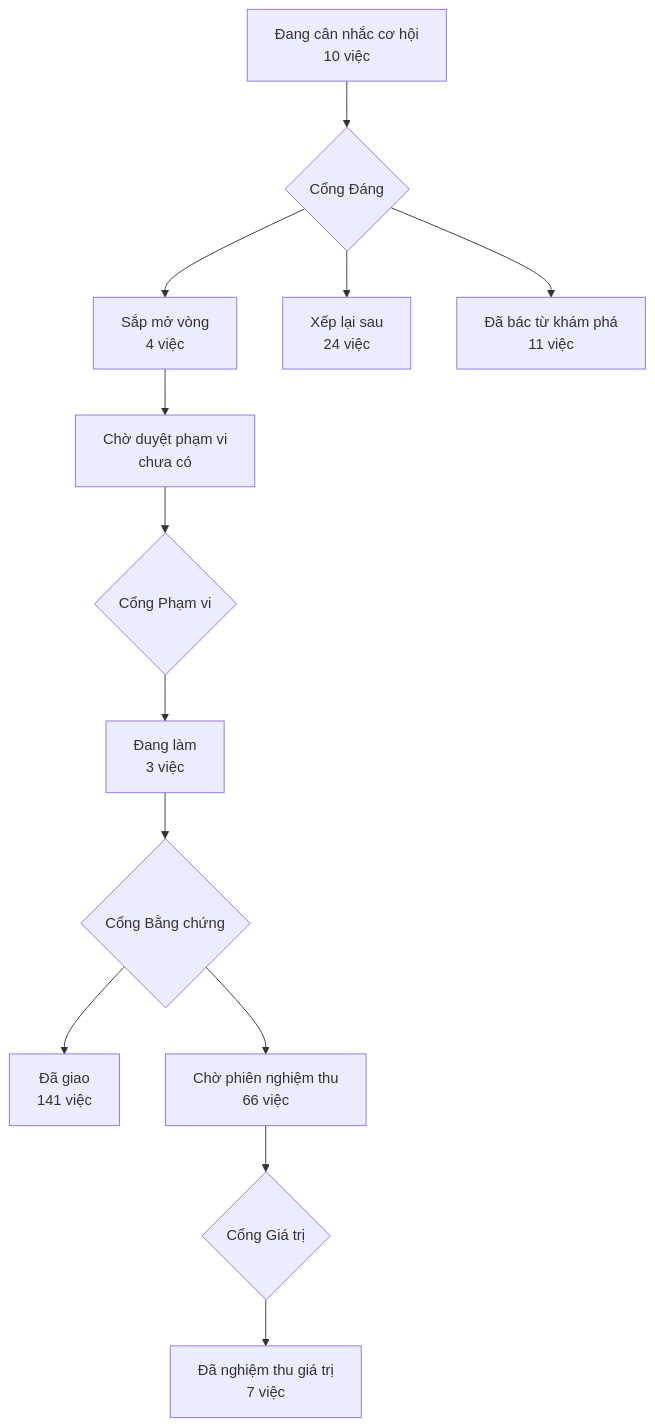
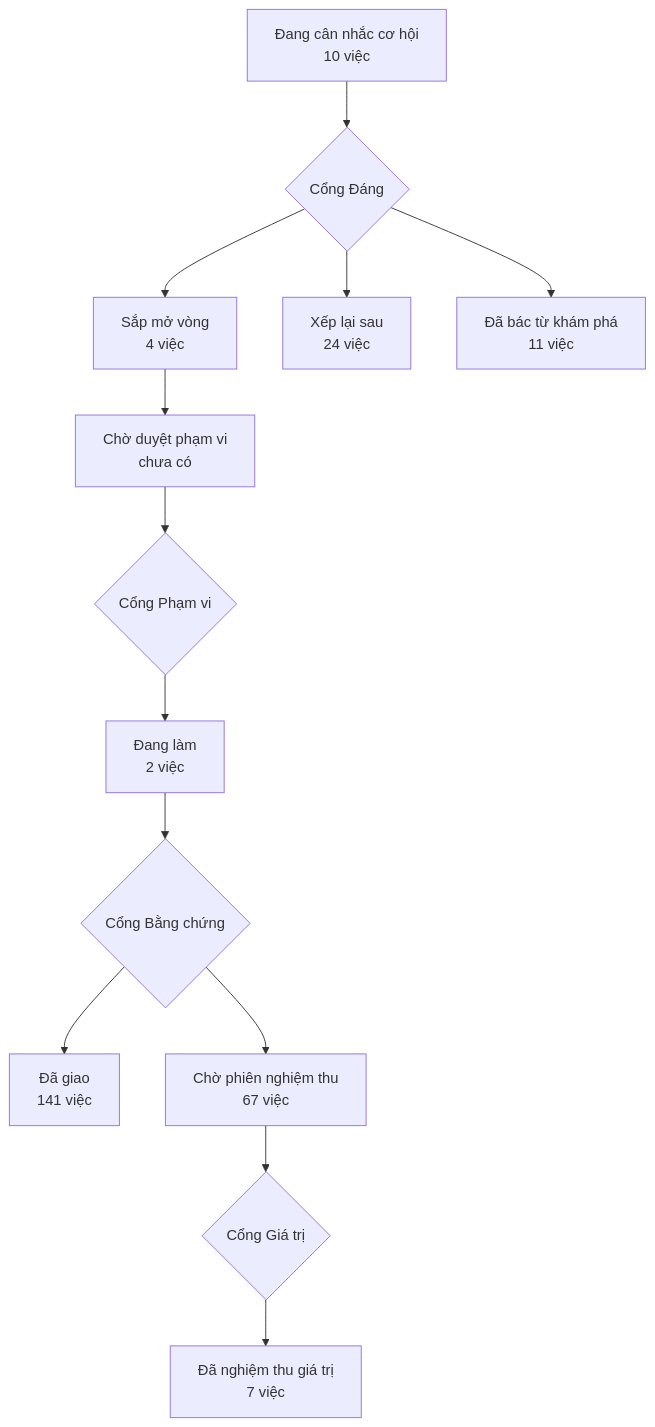
Before and after one commit to phanlemanh/acceptance-gate-kit: the diagram in PRODUCT-MAP.md, drawn with Mermaid. The commit also changed 5 other files, not shown here.

````diff
--- a/PRODUCT-MAP.md
+++ b/PRODUCT-MAP.md
@@ -7,12 +7,12 @@
 ```mermaid
 flowchart TD
   A["Đang cân nhắc cơ hội<br/>10 việc"] --> GD{"Cổng Đáng"}
   GD --> B["Sắp mở vòng<br/>4 việc"]
   GD --> XL["Xếp lại sau<br/>24 việc"]
   GD --> DB["Đã bác từ khám phá<br/>11 việc"]
   B --> CD["Chờ duyệt phạm vi<br/>chưa có"] --> GP{"Cổng Phạm vi"}
-  GP --> DL["Đang làm<br/>3 việc"] --> GB{"Cổng Bằng chứng"}
+  GP --> DL["Đang làm<br/>2 việc"] --> GB{"Cổng Bằng chứng"}
   GB --> DG["Đã giao<br/>141 việc"]
-  GB --> CN["Chờ phiên nghiệm thu<br/>66 việc"] --> GG{"Cổng Giá trị"}
+  GB --> CN["Chờ phiên nghiệm thu<br/>67 việc"] --> GG{"Cổng Giá trị"}
   GG --> NT["Đã nghiệm thu giá trị<br/>7 việc"]
 ```
````
